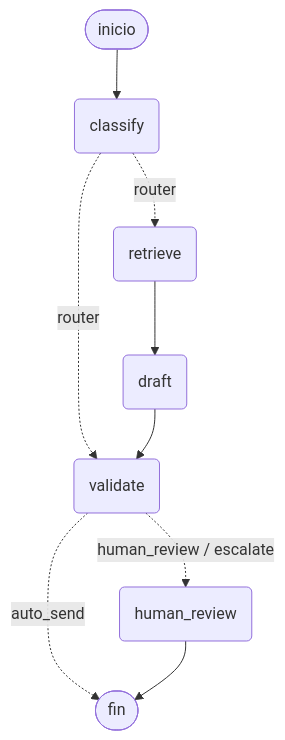
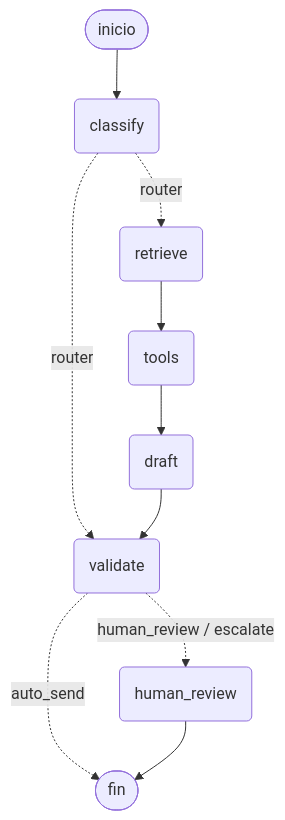
The third of 6 diagrams in ai-service/README.md (pedropancorbo14/AI-Mail-Automation-Platform), drawn with Mermaid before and after one commit. The commit also changed other lines of this file and 17 other files, not shown here.

````diff
--- a/ai-service/README.md
+++ b/ai-service/README.md
@@ -124,18 +124,20 @@
 ```mermaid
 graph TD;
 	__start__([inicio]):::first
 	classify(classify)
 	retrieve(retrieve)
+	tools(tools)
 	draft(draft)
 	validate(validate)
 	human_review(human_review)
 	__end__([fin]):::last
 	__start__ --> classify;
 	classify -. router .-> retrieve;
 	classify -. router .-> validate;
-	retrieve --> draft;
+	retrieve --> tools;
+	tools --> draft;
 	draft --> validate;
 	validate -. auto_send .-> __end__;
 	validate -. human_review / escalate .-> human_review;
 	human_review --> __end__;
 ```
````
